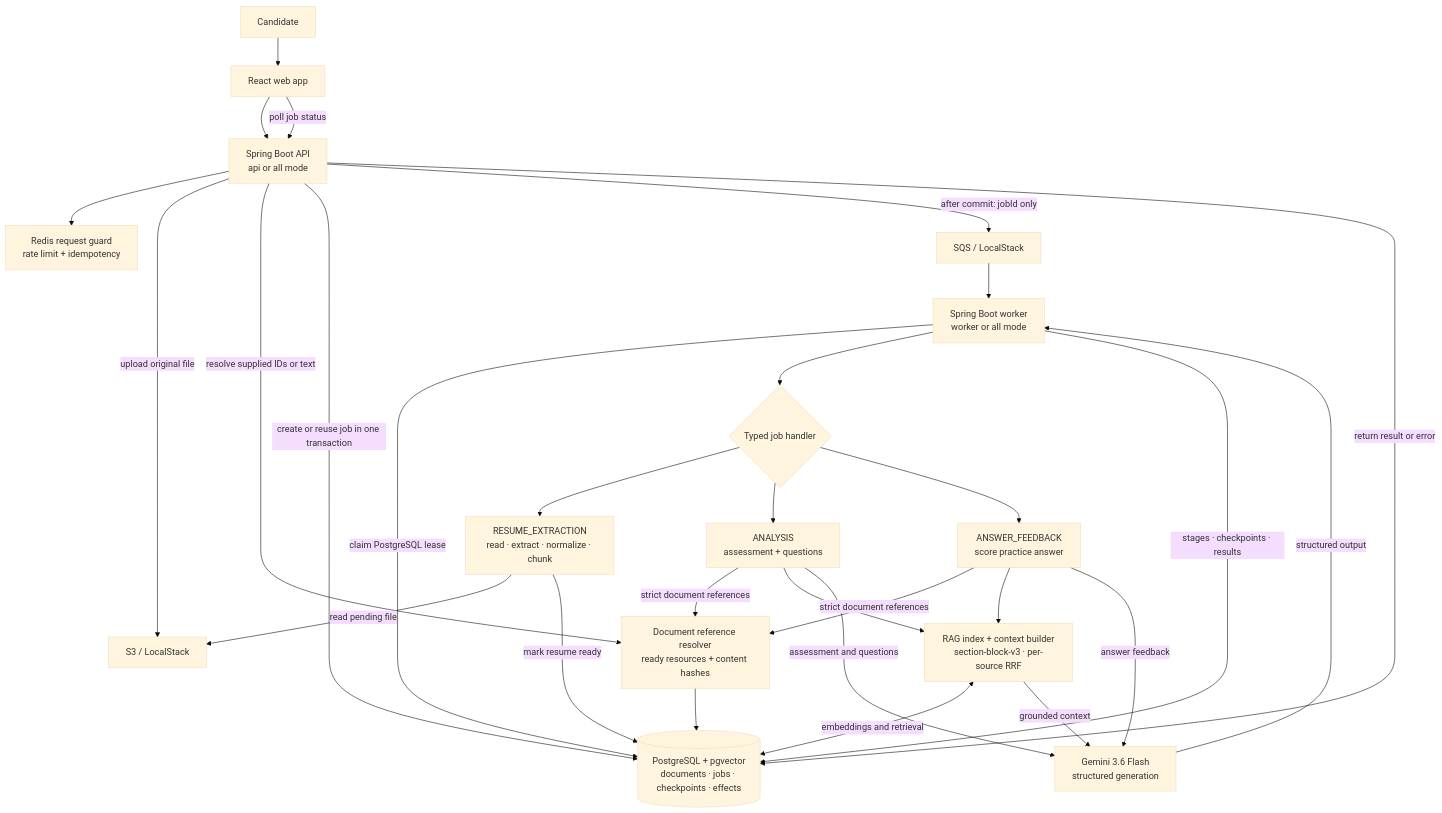
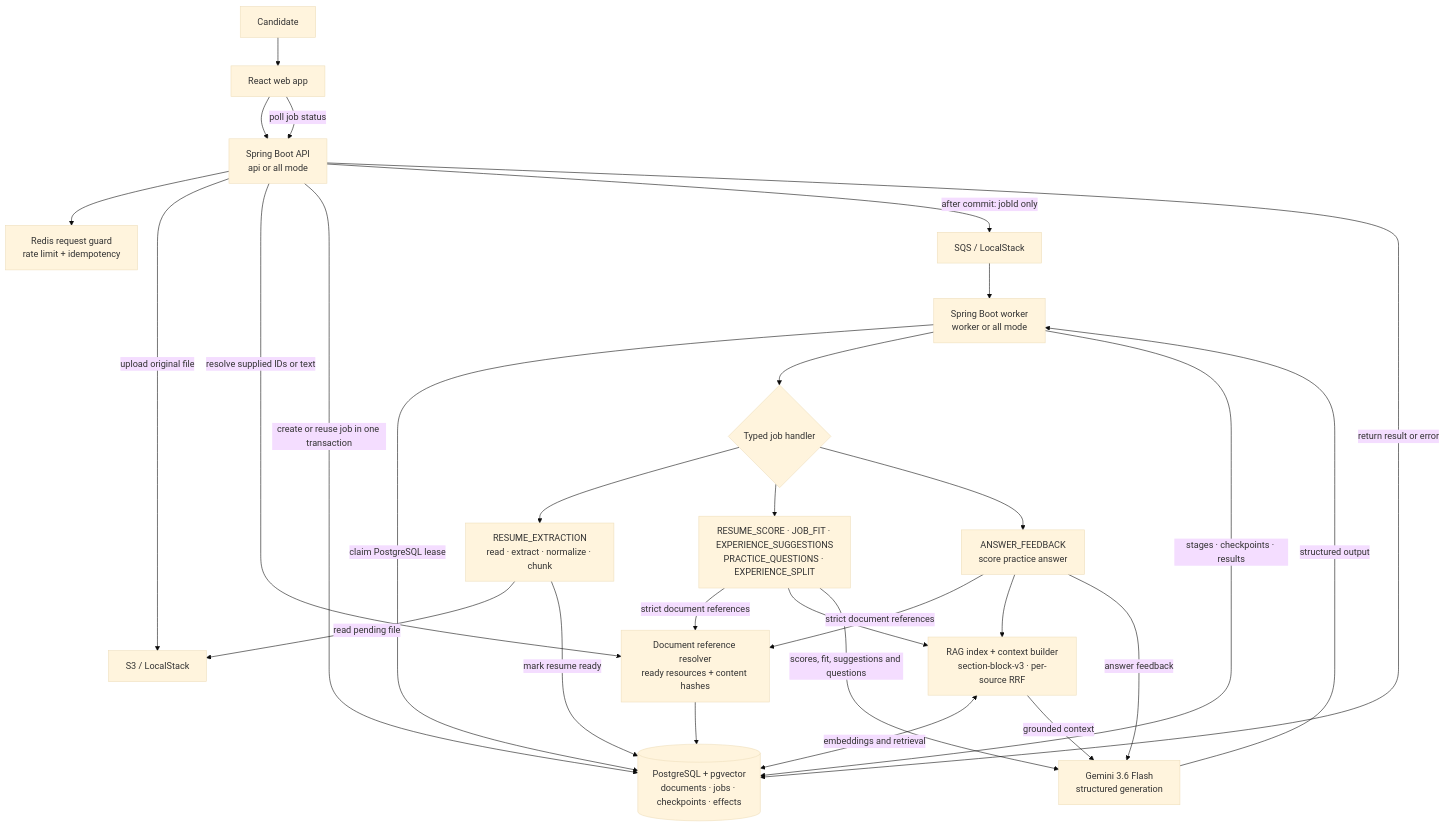
Before and after one commit to AzkZzz04/ai_interview: the diagram in README.md, drawn with Mermaid (base theme). The commit also changed other lines of this file and 2 other files, not shown here.

````diff
--- a/README.md
+++ b/README.md
@@ -19,36 +19,36 @@
 ```mermaid
 flowchart TB
   Candidate["Candidate"] --> Web["React web app"]
   Web --> API["Spring Boot API\napi or all mode"]
   API --> Guard["Redis request guard\nrate limit + idempotency"]
 
   API -->|"upload original file"| S3["S3 / LocalStack"]
   API -->|"resolve supplied IDs or text"| Refs["Document reference resolver\nready resources + content hashes"]
   Refs --> Store[("PostgreSQL + pgvector\ndocuments · jobs · checkpoints · effects")]
   API -->|"create or reuse job in one transaction"| Store
   API -->|"after commit: jobId only"| Queue["SQS / LocalStack"]
 
   Queue --> Worker["Spring Boot worker\nworker or all mode"]
   Worker -->|"claim PostgreSQL lease"| Store
   Worker --> Handler{"Typed job handler"}
 
   Handler --> Extract["RESUME_EXTRACTION\nread · extract · normalize · chunk"]
   Extract -->|"read pending file"| S3
   Extract -->|"mark resume ready"| Store
 
-  Handler --> Analysis["ANALYSIS\nassessment + questions"]
+  Handler --> Coaching["RESUME_SCORE · JOB_FIT · EXPERIENCE_SUGGESTIONS\nPRACTICE_QUESTIONS · EXPERIENCE_SPLIT"]
   Handler --> Feedback["ANSWER_FEEDBACK\nscore practice answer"]
-  Analysis -->|"strict document references"| Refs
+  Coaching -->|"strict document references"| Refs
   Feedback -->|"strict document references"| Refs
-  Analysis --> RAG["RAG index + context builder\nsection-block-v3 · per-source RRF"]
+  Coaching --> RAG["RAG index + context builder\nsection-block-v3 · per-source RRF"]
   Feedback --> RAG
   RAG <-->|"embeddings and retrieval"| Store
   RAG -->|"grounded context"| Gemini["Gemini 3.6 Flash\nstructured generation"]
-  Analysis -->|"assessment and questions"| Gemini
+  Coaching -->|"scores, fit, suggestions and questions"| Gemini
   Feedback -->|"answer feedback"| Gemini
   Gemini -->|"structured output"| Worker
 
   Worker -->|"stages · checkpoints · results"| Store
   Web -->|"poll job status"| API
   API -->|"return result or error"| Store
 ```
````
